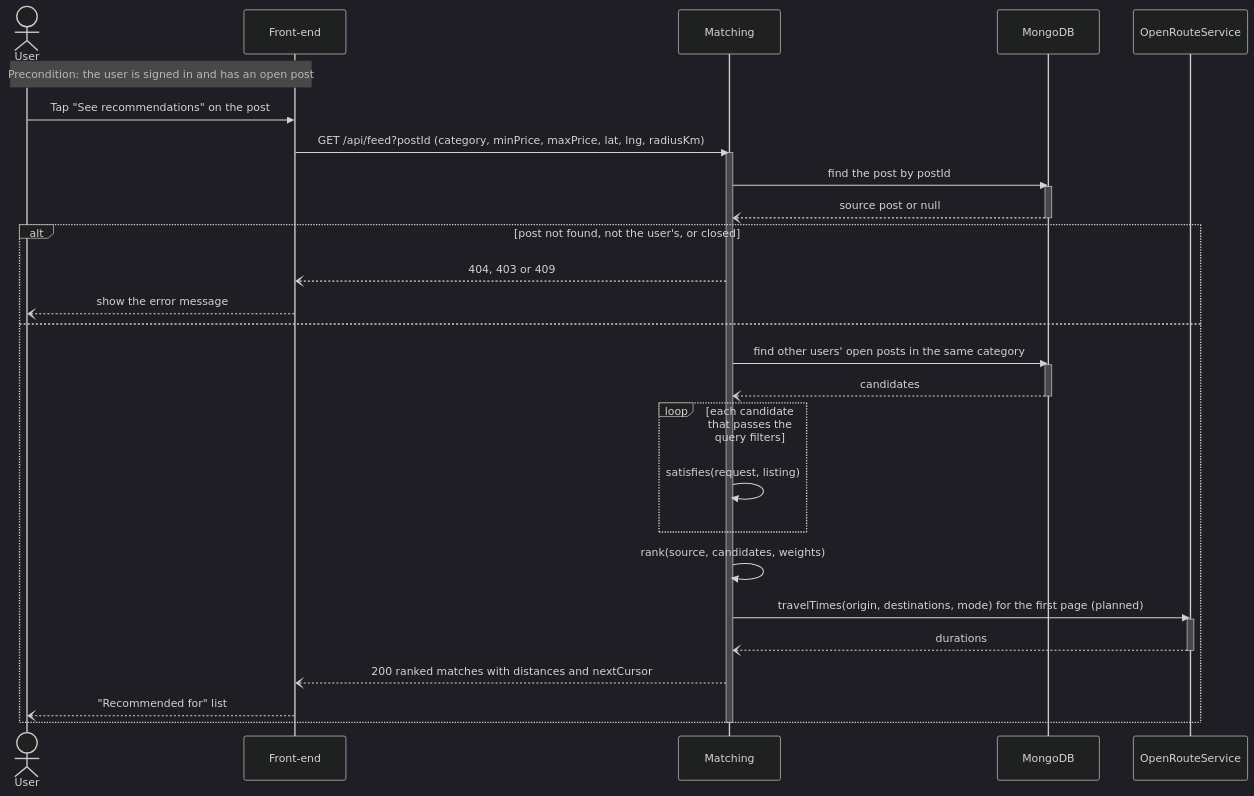
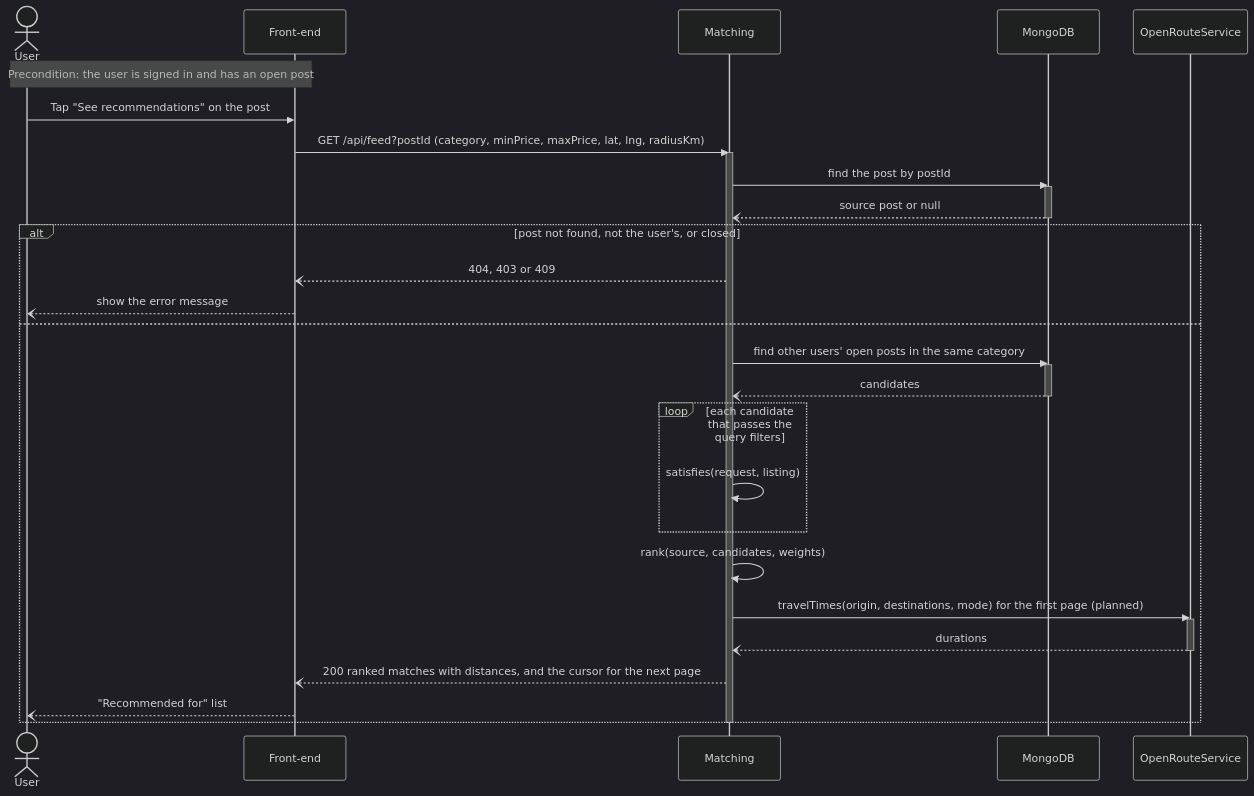
Before and after one commit to m1lun/m1skeletonProject: the fourth of 6 diagrams in documentation/Requirements_and_Design.md, drawn with Mermaid (dark theme). The commit also changed other lines of this file, not shown here.

Commit message:
docs: describe undefined terms in the sequence diagrams in words

````diff
--- a/documentation/Requirements_and_Design.md
+++ b/documentation/Requirements_and_Design.md
@@ -553,36 +553,36 @@
 ```mermaid
 sequenceDiagram
     actor U as User
     participant FE as Front-end
     participant M as Matching
     participant DB as MongoDB
     participant ORS as OpenRouteService
     Note over U,FE: Precondition: the user is signed in and has an open post
     U->>FE: Tap "See recommendations" on the post
     FE->>M: GET /api/feed?postId (category, minPrice, maxPrice, lat, lng, radiusKm)
     activate M
     M->>DB: find the post by postId
     activate DB
     DB--)M: source post or null
     deactivate DB
     alt post not found, not the user's, or closed
         M--)FE: 404, 403 or 409
         FE--)U: show the error message
     else
         M->>DB: find other users' open posts in the same category
         activate DB
         DB--)M: candidates
         deactivate DB
         loop each candidate that passes the query filters
             M->>M: satisfies(request, listing)
         end
         M->>M: rank(source, candidates, weights)
         M->>ORS: travelTimes(origin, destinations, mode) for the first page (planned)
         activate ORS
         ORS--)M: durations
         deactivate ORS
-        M--)FE: 200 ranked matches with distances and nextCursor
+        M--)FE: 200 ranked matches with distances, and the cursor for the next page
         FE--)U: "Recommended for" list
     end
     deactivate M
 ```
````
